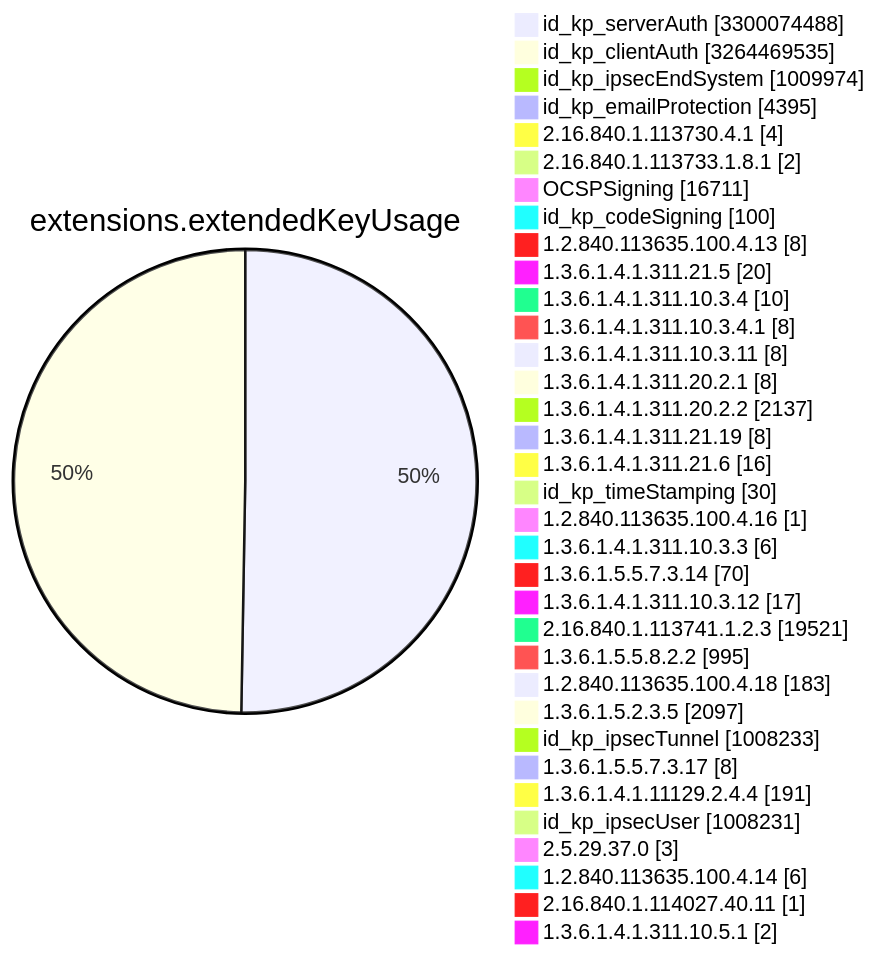
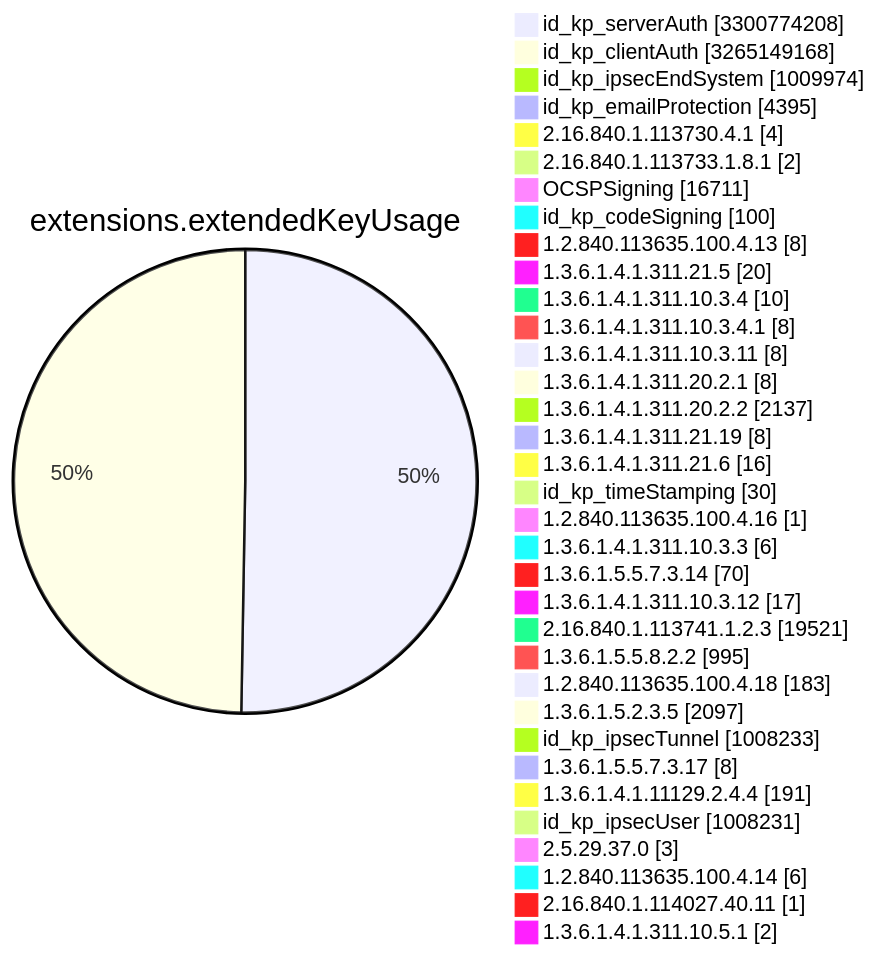
One commit to christiankrug/ctmonitor_visualization changed diagram 11 of 15 in TOTAL/README.md. Above: the diagram before and after it, drawn with Mermaid. The commit also changed other lines of this file, not shown here.

````diff
--- a/TOTAL/README.md
+++ b/TOTAL/README.md
@@ -4120,38 +4120,38 @@
 ```mermaid
 pie showData
 title extensions.extendedKeyUsage
-"id_kp_serverAuth" :3300074488
-"id_kp_clientAuth" :3264469535
+"id_kp_serverAuth" :3300774208
+"id_kp_clientAuth" :3265149168
 "id_kp_ipsecEndSystem" :1009974
 "id_kp_emailProtection" :4395
 "2.16.840.1.113730.4.1" :4
 "2.16.840.1.113733.1.8.1" :2
 "OCSPSigning" :16711
 "id_kp_codeSigning" :100
 "1.2.840.113635.100.4.13" :8
 "1.3.6.1.4.1.311.21.5" :20
 "1.3.6.1.4.1.311.10.3.4" :10
 "1.3.6.1.4.1.311.10.3.4.1" :8
 "1.3.6.1.4.1.311.10.3.11" :8
 "1.3.6.1.4.1.311.20.2.1" :8
 "1.3.6.1.4.1.311.20.2.2" :2137
 "1.3.6.1.4.1.311.21.19" :8
 "1.3.6.1.4.1.311.21.6" :16
 "id_kp_timeStamping" :30
 "1.2.840.113635.100.4.16" :1
 "1.3.6.1.4.1.311.10.3.3" :6
 "1.3.6.1.5.5.7.3.14" :70
 "1.3.6.1.4.1.311.10.3.12" :17
 "2.16.840.1.113741.1.2.3" :19521
 "1.3.6.1.5.5.8.2.2" :995
 "1.2.840.113635.100.4.18" :183
 "1.3.6.1.5.2.3.5" :2097
 "id_kp_ipsecTunnel" :1008233
 "1.3.6.1.5.5.7.3.17" :8
 "1.3.6.1.4.1.11129.2.4.4" :191
 "id_kp_ipsecUser" :1008231
 "2.5.29.37.0" :3
 "1.2.840.113635.100.4.14" :6
 "2.16.840.1.114027.40.11" :1
 "1.3.6.1.4.1.311.10.5.1" :2
 ```
````
